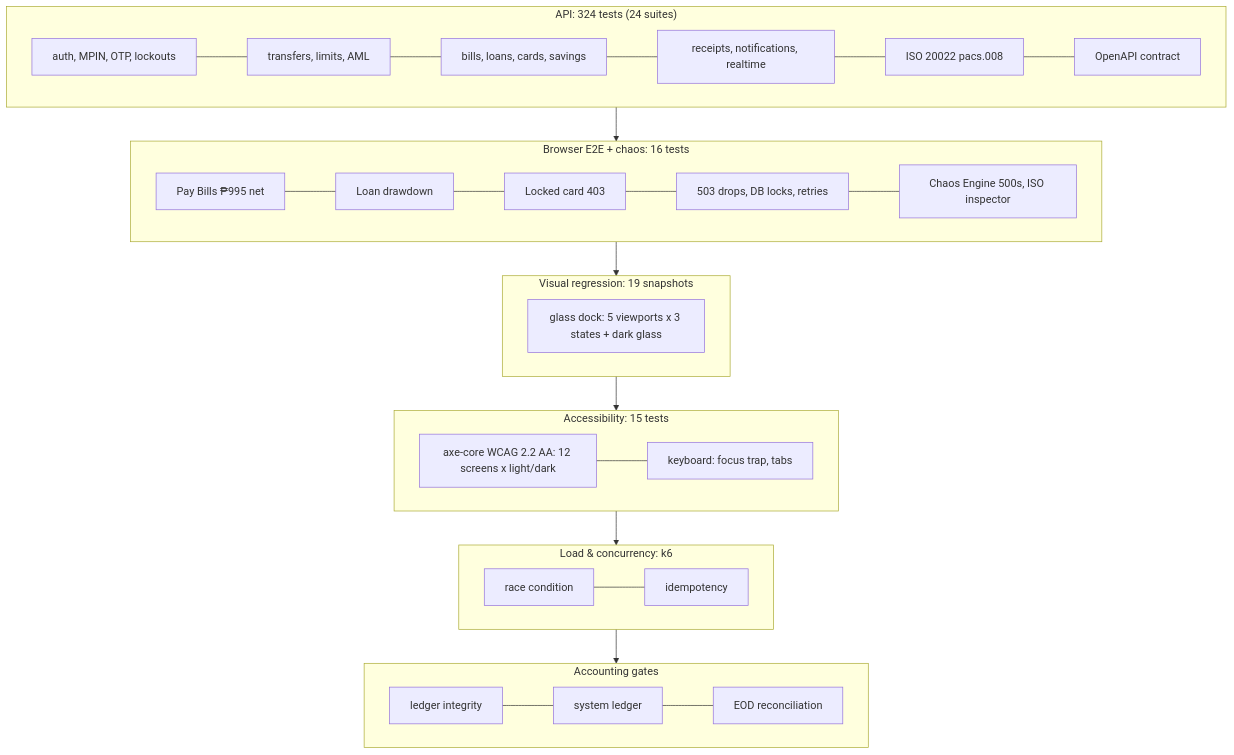
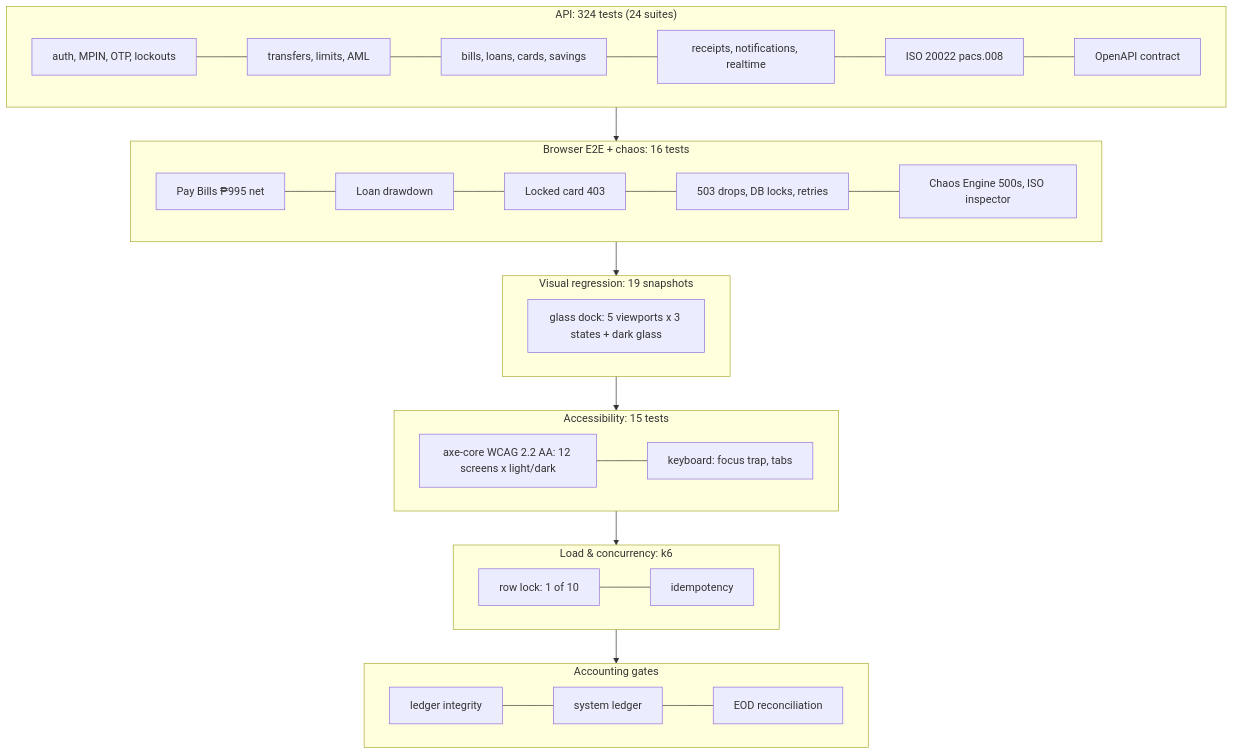
Before and after one commit to brylleopada77/PayPulse: the first of 3 diagrams in README.md, drawn with Mermaid. The commit also changed other lines of this file and 17 other files, not shown here.

First line of the commit message:
Fix the transfer race condition with row-level locking (+ concurrency gates)

````diff
--- a/README.md
+++ b/README.md
@@ -52,24 +52,24 @@
 ```mermaid
 flowchart TB
   subgraph L1["API: 324 tests (24 suites)"]
     a1[auth, MPIN, OTP, lockouts] --- a2[transfers, limits, AML]
     a2 --- a3[bills, loans, cards, savings]
     a3 --- a4[receipts, notifications, realtime] --- a5[ISO 20022 pacs.008] --- a6[OpenAPI contract]
   end
   subgraph L2["Browser E2E + chaos: 16 tests"]
     b1[Pay Bills ₱995 net] --- b2[Loan drawdown] --- b3[Locked card 403] --- b4[503 drops, DB locks, retries] --- b5[Chaos Engine 500s, ISO inspector]
   end
   subgraph L3["Visual regression: 19 snapshots"]
     v1[glass dock: 5 viewports x 3 states + dark glass]
   end
   subgraph L3b["Accessibility: 15 tests"]
     x1[axe-core WCAG 2.2 AA: 12 screens x light/dark] --- x2[keyboard: focus trap, tabs]
   end
   subgraph L4["Load & concurrency: k6"]
-    k1[race condition] --- k2[idempotency]
+    k1[row lock: 1 of 10] --- k2[idempotency]
   end
   subgraph L5["Accounting gates"]
     g1[ledger integrity] --- g2[system ledger] --- g3[EOD reconciliation]
   end
   L1 --> L2 --> L3 --> L3b --> L4 --> L5
 ```
````
